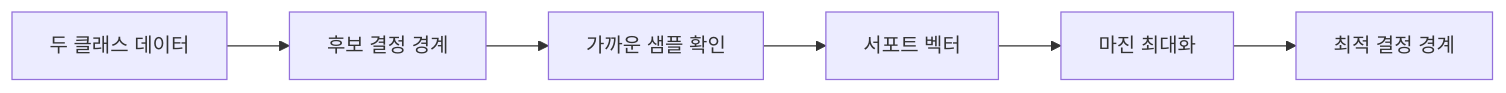
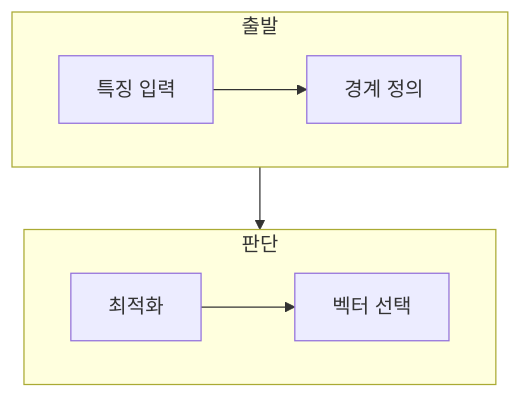
One commit to umyunsang/edu changed the diagram in ComputerScience/03_ai-ml-data/machine-learning/notes/01. SVM 실습과 결정 경계.md. Above: the diagram before and after it, drawn with Mermaid. The commit also changed other lines of this file and 20 other files, not shown here.

````diff
--- a/ComputerScience/03_ai-ml-data/machine-learning/notes/01. SVM 실습과 결정 경계.md
+++ b/ComputerScience/03_ai-ml-data/machine-learning/notes/01. SVM 실습과 결정 경계.md
@@ -20,8 +23,12 @@
 ```mermaid
-flowchart LR
-  A[두 클래스 데이터] --> B[후보 결정 경계]
-  B --> C[가까운 샘플 확인]
-  C --> D[서포트 벡터]
-  D --> E[마진 최대화]
-  E --> F[최적 결정 경계]
+flowchart TB
+    subgraph Input[출발]
+        direction LR
+        A[특징 입력] --> B[경계 정의]
+    end
+    subgraph Decision[판단]
+        direction LR
+        C[최적화] --> D[벡터 선택]
+    end
+    B --> C
 ```
````
